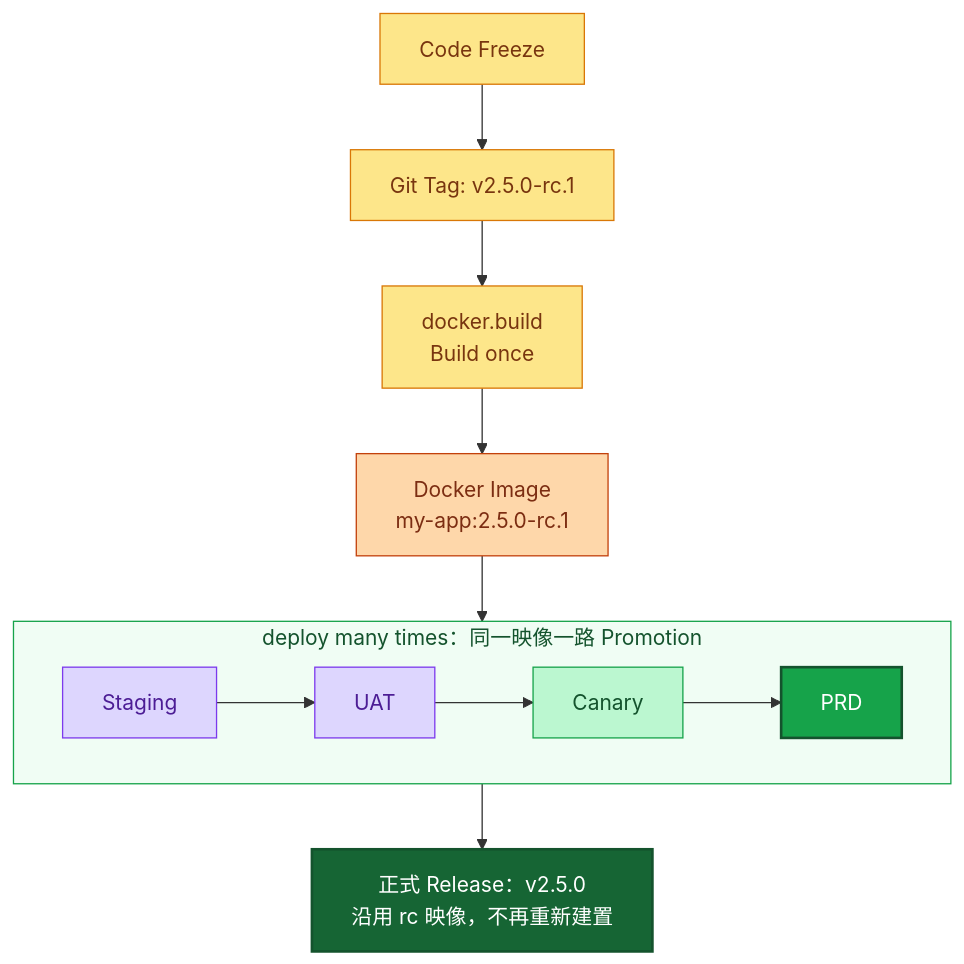
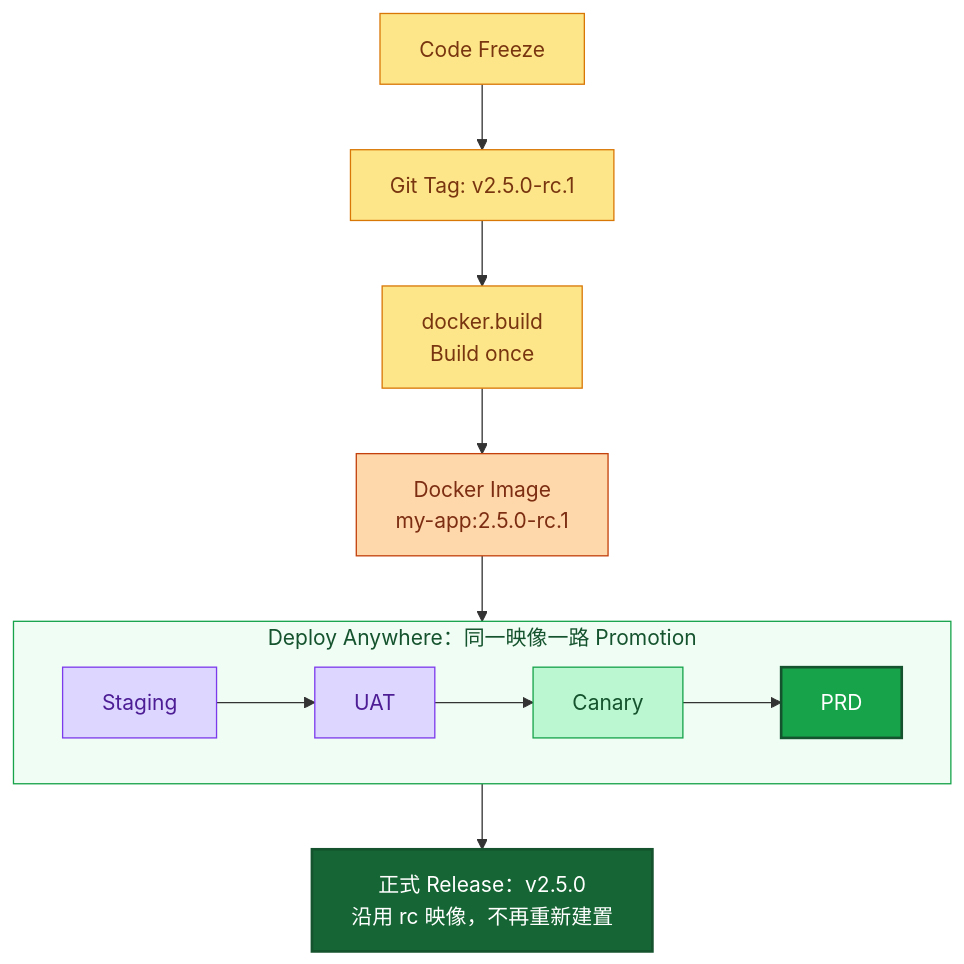
One commit to ytliuSVN/ros2-web-monitoring changed the second of 2 diagrams in CI-CD-PIPELINE.md. Above: the diagram before and after it, drawn with Mermaid. The commit also changed other lines of this file, not shown here.

Commit message:
Update CI/CD Pipeline documentation to reflect the 'Build Once, Deploy Anywhere' approach and enhance flowchart labels for clarity.

````diff
--- a/CI-CD-PIPELINE.md
+++ b/CI-CD-PIPELINE.md
@@ -98,30 +98,30 @@
 ```mermaid
 flowchart TD
     freeze[Code Freeze] --> tag["Git Tag: v2.5.0-rc.1"]
     tag --> docker["docker.build<br/>Build once"]
     docker --> image["Docker Image<br/>my-app:2.5.0-rc.1"]
-    subgraph promotion["deploy many times：同一映像一路 Promotion"]
+    subgraph promotion["Deploy Anywhere：同一映像一路 Promotion"]
         direction LR
         staging[Staging] --> uat[UAT]
         uat --> canary[Canary]
         canary --> prd[PRD]
     end
     image --> promotion
     promotion --> release["正式 Release：v2.5.0<br/>沿用 rc 映像，不再重新建置"]
 
     classDef rcNode fill:#fde68a,stroke:#d97706,color:#78350f
     classDef imageNode fill:#fed7aa,stroke:#c2410c,color:#7c2d12
     classDef preprodNode fill:#ddd6fe,stroke:#7c3aed,color:#4c1d95
     classDef canaryNode fill:#bbf7d0,stroke:#16a34a,color:#14532d
     classDef prdNode fill:#16a34a,stroke:#14532d,color:#ffffff,stroke-width:2px
     classDef releaseNode fill:#166534,stroke:#14532d,color:#ffffff,stroke-width:2px
 
     class freeze,tag,docker rcNode
     class image imageNode
     class staging,uat preprodNode
     class canary canaryNode
     class prd prdNode
     class release releaseNode
 
     style promotion fill:#f0fdf4,stroke:#16a34a,color:#14532d
 ```
````
